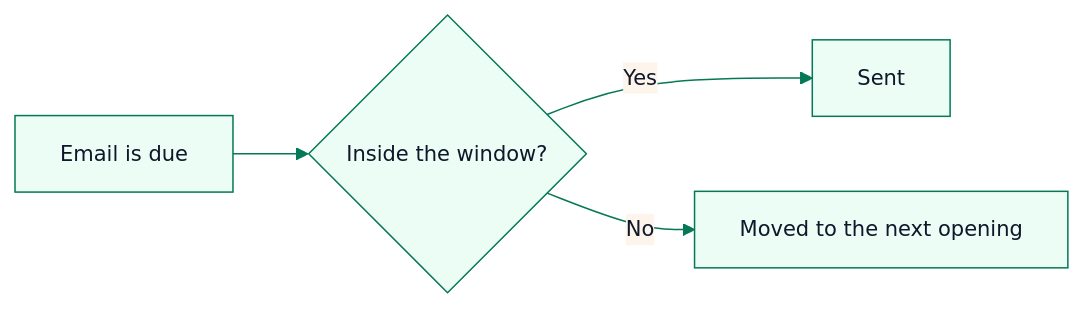
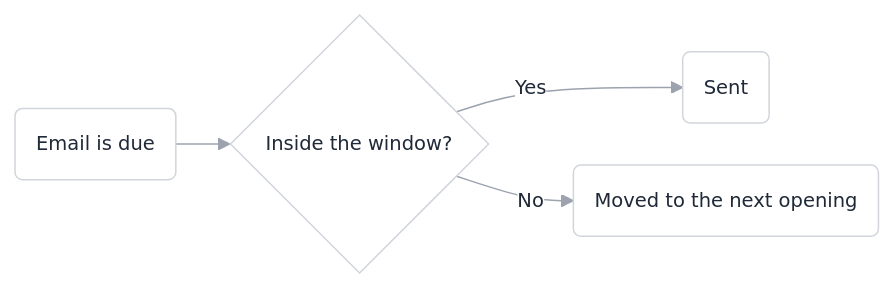
One commit to BharathVasireddy/marro-docs changed the diagram in guides/email-sequence-sending-windows.mdx. Above: the diagram before and after it, drawn with Mermaid. The commit also changed 95 other files, not shown here.

First line of the commit message:
One guide per settings screen, in the Settings menu's order, with diagrams only where they are needed

````diff
--- a/guides/email-sequence-sending-windows.mdx
+++ b/guides/email-sequence-sending-windows.mdx
@@ -10,7 +10,7 @@
 ```mermaid
-%%{init: {'theme':'base','themeVariables':{'primaryColor':'#ecfdf5','primaryBorderColor':'#047857','primaryTextColor':'#0f172a','lineColor':'#047857','fontSize':'14px'}}}%%
+%%{init: {'theme':'base','flowchart':{'curve':'basis','padding':14,'nodeSpacing':28,'rankSpacing':36},'themeVariables':{'primaryColor':'#ffffff','primaryBorderColor':'#d1d5db','primaryTextColor':'#1f2937','lineColor':'#9ca3af','fontFamily':'Inter, ui-sans-serif, sans-serif','fontSize':'13px','edgeLabelBackground':'#ffffff'}}}%%
 flowchart LR
-  A[Email is due] --> B{Inside the window?}
-  B -->|Yes| C[Sent]
-  B -->|No| D[Moved to the next opening]
+  A(Email is due) --> B{Inside the window?}
+  B -->|Yes| C(Sent)
+  B -->|No| D(Moved to the next opening)
 ```
````
